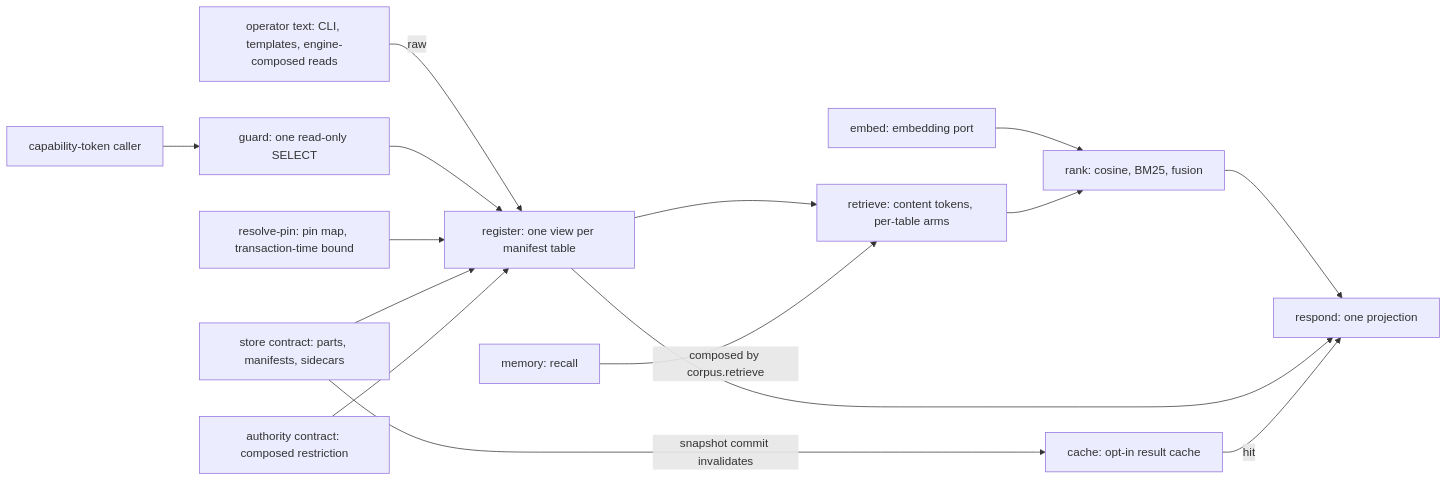
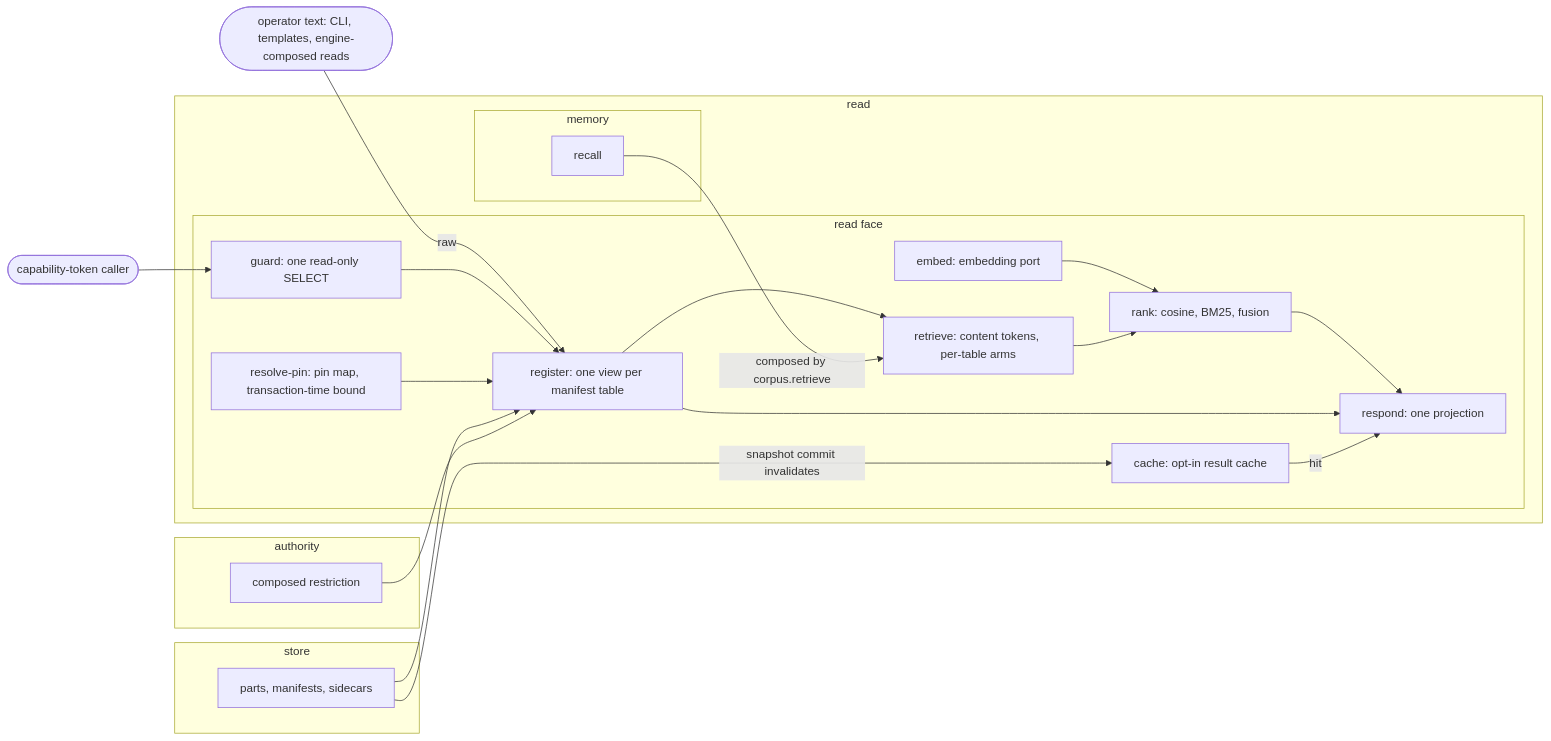
The first of 5 diagrams in spec/20-read.md (fractalboxdev/contextful), drawn with Mermaid before and after one commit. The commit also changed other lines of this file and 33 other files, not shown here.

Commit message:
spec: diagrams draw contracts, parties and trust zones as containers; a node standing for one is refused

````diff
--- a/spec/20-read.md
+++ b/spec/20-read.md
@@ -23,17 +23,43 @@
 ```mermaid
 flowchart LR
-  TOK["capability-token caller"] --> GRD["guard: one read-only SELECT"]
-  OPR["operator text: CLI, templates, engine-composed reads"] -- "raw" --> REG
-  GRD --> REG["register: one view per manifest table"]
-  PIN["resolve-pin: pin map, transaction-time bound"] --> REG
-  STORE["store contract: parts, manifests, sidecars"] --> REG
-  AUTH["authority contract: composed restriction"] --> REG
-  REG --> RET["retrieve: content tokens, per-table arms"]
-  MEM["memory: recall"] -- "composed by corpus.retrieve" --> RET
-  EMB["embed: embedding port"] --> RNK
-  RET --> RNK["rank: cosine, BM25, fusion"]
-  RNK --> RSP["respond: one projection"]
+  TOK(["capability-token caller"])
+  OPR(["operator text: CLI, templates, engine-composed reads"])
+
+  subgraph READC["read"]
+    subgraph FACE["read face"]
+      GRD["guard: one read-only SELECT"]
+      PIN["resolve-pin: pin map, transaction-time bound"]
+      REG["register: one view per manifest table"]
+      RET["retrieve: content tokens, per-table arms"]
+      EMB["embed: embedding port"]
+      RNK["rank: cosine, BM25, fusion"]
+      RSP["respond: one projection"]
+      CCH["cache: opt-in result cache"]
+    end
+    subgraph MEMS["memory"]
+      MEM["recall"]
+    end
+  end
+
+  subgraph STOREC["store"]
+    PARTS["parts, manifests, sidecars"]
+  end
+  subgraph AUTHC["authority"]
+    RESTR["composed restriction"]
+  end
+
+  TOK --> GRD
+  OPR -- "raw" --> REG
+  GRD --> REG
+  PIN --> REG
+  PARTS --> REG
+  RESTR --> REG
+  REG --> RET
+  MEM -- "composed by corpus.retrieve" --> RET
+  EMB --> RNK
+  RET --> RNK
+  RNK --> RSP
   REG --> RSP
-  STORE -- "snapshot commit invalidates" --> CCH["cache: opt-in result cache"]
+  PARTS -- "snapshot commit invalidates" --> CCH
   CCH -- "hit" --> RSP
 ```
````
